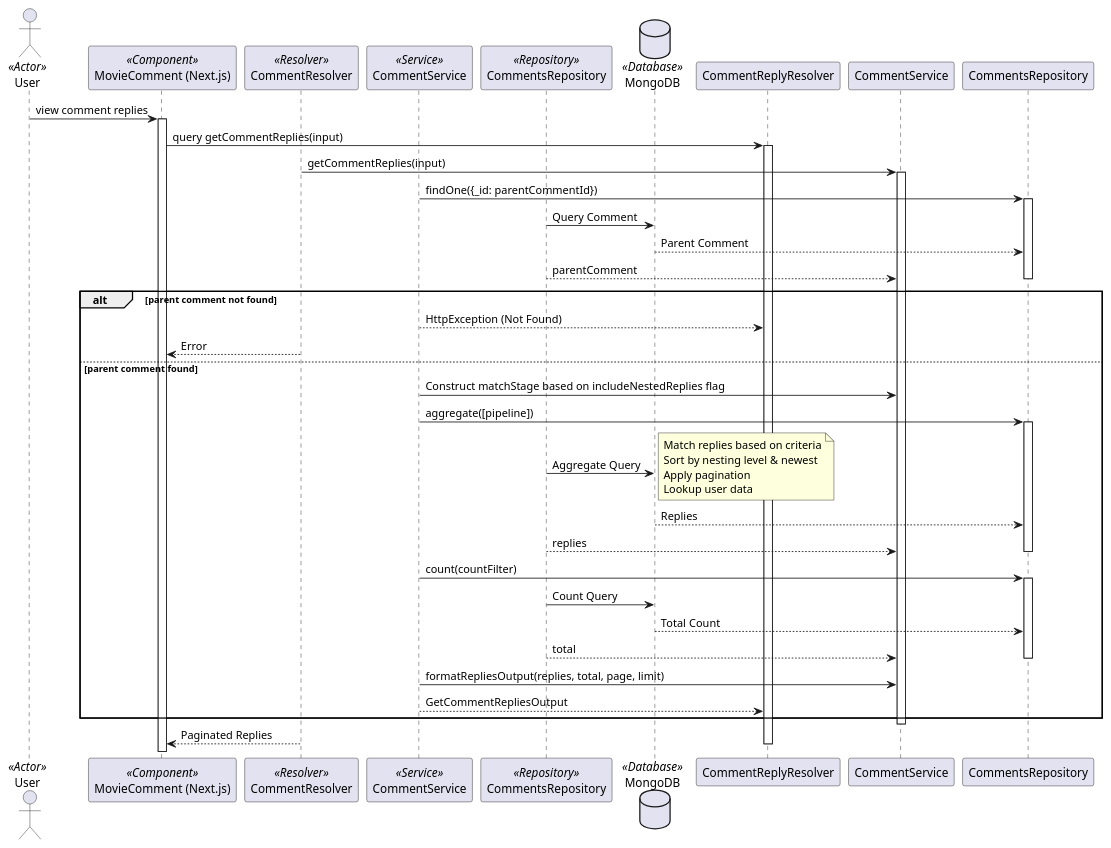
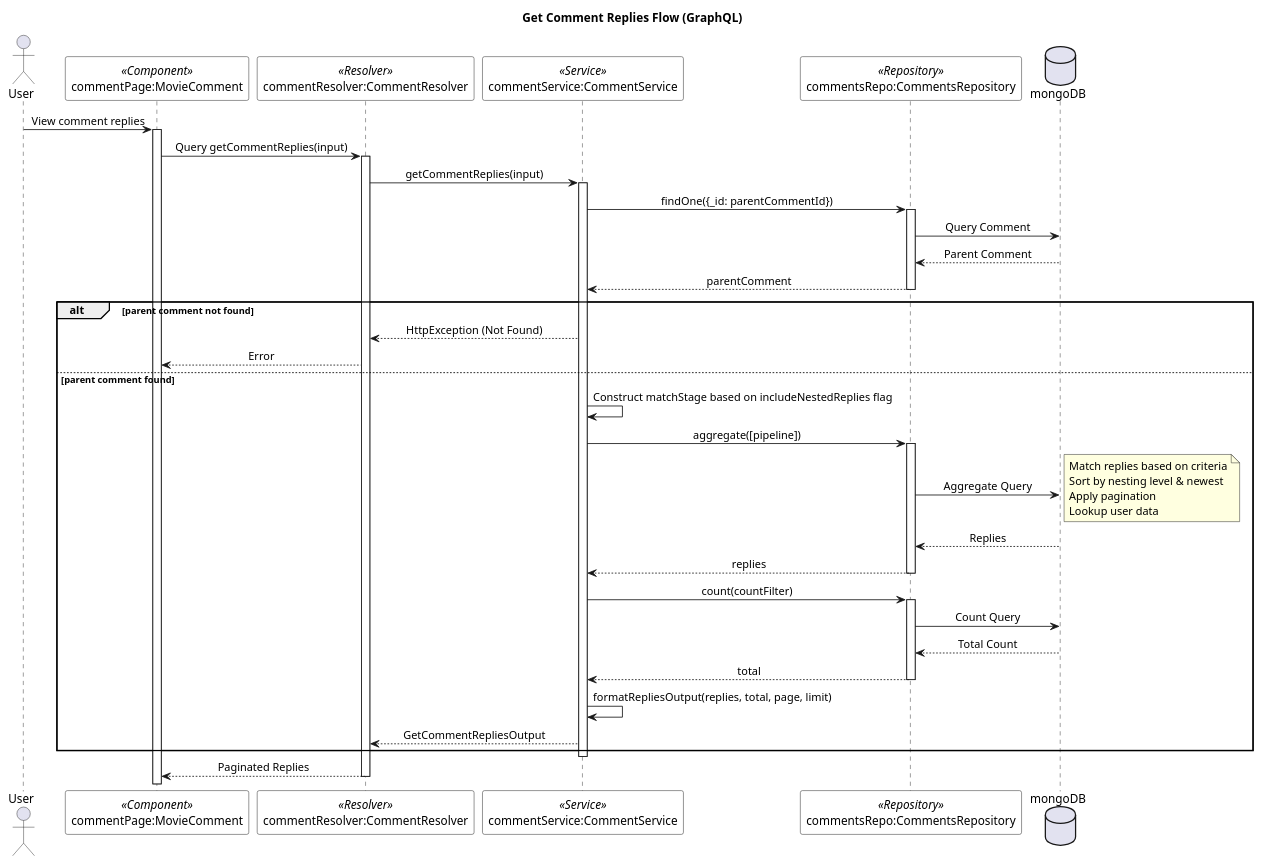
One commit to lehuygiang28/vphim changed the diagram in documents/diagram/sequences/comments/get-comment-replies.puml. Above: the diagram before and after it, drawn with PlantUML. The commit also changed 4 other files, not shown here.

First line of the commit message:
refactor(diagrams/sequences/comments): 🛠️ update comment flow diagrams

```diff
--- a/documents/diagram/sequences/comments/get-comment-replies.puml
+++ b/documents/diagram/sequences/comments/get-comment-replies.puml
@@ -1,47 +1,57 @@
 @startuml Get Comment Replies Flow
 
-actor User <<Actor>>
-participant "MovieComment (Next.js)" as MovieComment <<Component>>
-participant "CommentResolver" as Resolver <<Resolver>>
-participant "CommentService" as Service <<Service>>
-participant "CommentsRepository" as Repository <<Repository>>
-database "MongoDB" as DB <<Database>>
+skinparam SequenceMessageAlignment center
+skinparam SequenceBoxBackgroundColor white
+skinparam SequenceBoxBorderColor black
+skinparam NoteBackgroundColor lightyellow
+skinparam NoteBorderColor black
+skinparam ParticipantBackgroundColor white
+skinparam ParticipantBorderColor black
 
-User -> MovieComment: view comment replies
-activate MovieComment
-MovieComment -> CommentReplyResolver: query getCommentReplies(input)
-activate CommentReplyResolver
-Resolver -> CommentService: getCommentReplies(input)
-activate CommentService
-Service -> CommentsRepository: findOne({_id: parentCommentId})
-activate CommentsRepository
-Repository -> DB: Query Comment
-DB --> CommentsRepository: Parent Comment
-Repository --> CommentService: parentComment
-deactivate CommentsRepository
+title Get Comment Replies Flow (GraphQL)
+
+actor "User" as user
+participant "commentPage:MovieComment" as commentPage <<Component>>
+participant "commentResolver:CommentResolver" as commentResolver <<Resolver>>
+participant "commentService:CommentService" as commentService <<Service>>
+participant "commentsRepo:CommentsRepository" as commentsRepo <<Repository>>
+database "mongoDB" as mongoDB
+
+user -> commentPage: View comment replies
+activate commentPage
+commentPage -> commentResolver: Query getCommentReplies(input)
+activate commentResolver
+commentResolver -> commentService: getCommentReplies(input)
+activate commentService
+commentService -> commentsRepo: findOne({_id: parentCommentId})
+activate commentsRepo
+commentsRepo -> mongoDB: Query Comment
+mongoDB --> commentsRepo: Parent Comment
+commentsRepo --> commentService: parentComment
+deactivate commentsRepo
 alt parent comment not found
-    Service --> CommentReplyResolver: HttpException (Not Found)
-    Resolver --> MovieComment: Error
+    commentService --> commentResolver: HttpException (Not Found)
+    commentResolver --> commentPage: Error
 else parent comment found
-    Service -> CommentService: Construct matchStage based on includeNestedReplies flag
-    Service -> CommentsRepository: aggregate([pipeline])
-    activate CommentsRepository
-    Repository -> DB: Aggregate Query
+    commentService -> commentService: Construct matchStage based on includeNestedReplies flag
+    commentService -> commentsRepo: aggregate([pipeline])
+    activate commentsRepo
+    commentsRepo -> mongoDB: Aggregate Query
     note right: Match replies based on criteria\nSort by nesting level & newest\nApply pagination\nLookup user data
-    DB --> CommentsRepository: Replies
-    Repository --> CommentService: replies
-    deactivate CommentsRepository
-    Service -> CommentsRepository: count(countFilter)
-    activate CommentsRepository
-    Repository -> DB: Count Query
-    DB --> CommentsRepository: Total Count
-    Repository --> CommentService: total
-    deactivate CommentsRepository
-    Service -> CommentService: formatRepliesOutput(replies, total, page, limit)
-    Service --> CommentReplyResolver: GetCommentRepliesOutput
+    mongoDB --> commentsRepo: Replies
+    commentsRepo --> commentService: replies
+    deactivate commentsRepo
+    commentService -> commentsRepo: count(countFilter)
+    activate commentsRepo
+    commentsRepo -> mongoDB: Count Query
+    mongoDB --> commentsRepo: Total Count
+    commentsRepo --> commentService: total
+    deactivate commentsRepo
+    commentService -> commentService: formatRepliesOutput(replies, total, page, limit)
+    commentService --> commentResolver: GetCommentRepliesOutput
 end
-deactivate CommentService
-Resolver --> MovieComment: Paginated Replies
-deactivate CommentReplyResolver
+deactivate commentService
+commentResolver --> commentPage: Paginated Replies
+deactivate commentResolver
 
 @enduml
```
